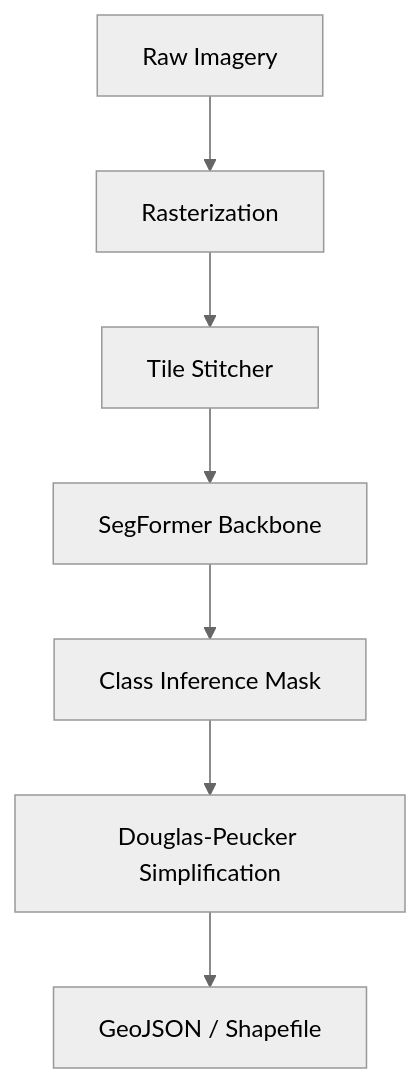
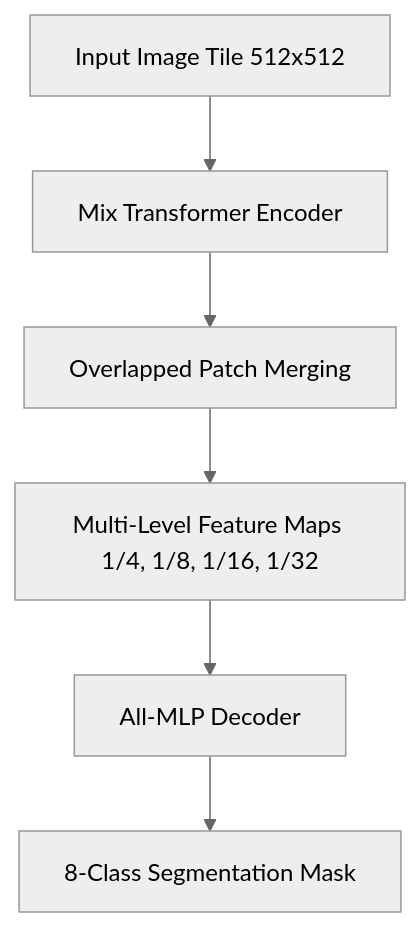
Before and after one commit to MajorSteel/GeoMorph_AI: the diagram in docs/Architecture.md, drawn with Mermaid (neutral theme). The commit also changed other lines of this file and 7 other files, not shown here.

````diff
--- a/docs/Architecture.md
+++ b/docs/Architecture.md
@@ -5,9 +11,8 @@
 ```mermaid
 graph TD
-    A[Raw Imagery] --> B[Rasterization]
-    B --> C[Tile Stitcher]
-    C --> D[SegFormer Backbone]
-    D --> E[Class Inference Mask]
-    E --> F[Douglas-Peucker Simplification]
-    F --> G[GeoJSON / Shapefile]
+    A[Input Image Tile 512x512] --> B[Mix Transformer Encoder]
+    B --> C[Overlapped Patch Merging]
+    C --> D[Multi-Level Feature Maps 1/4, 1/8, 1/16, 1/32]
+    D --> E[All-MLP Decoder]
+    E --> F[8-Class Segmentation Mask]
 ```
````
